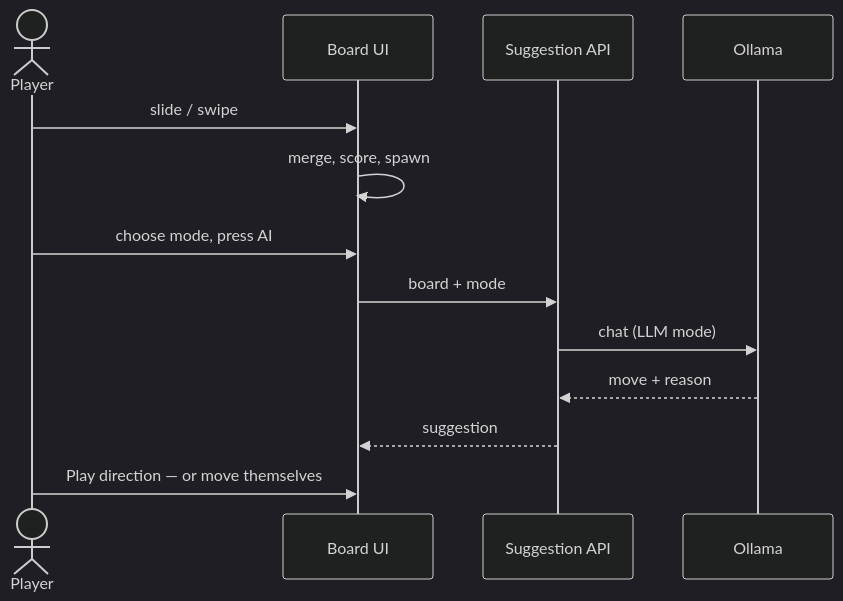
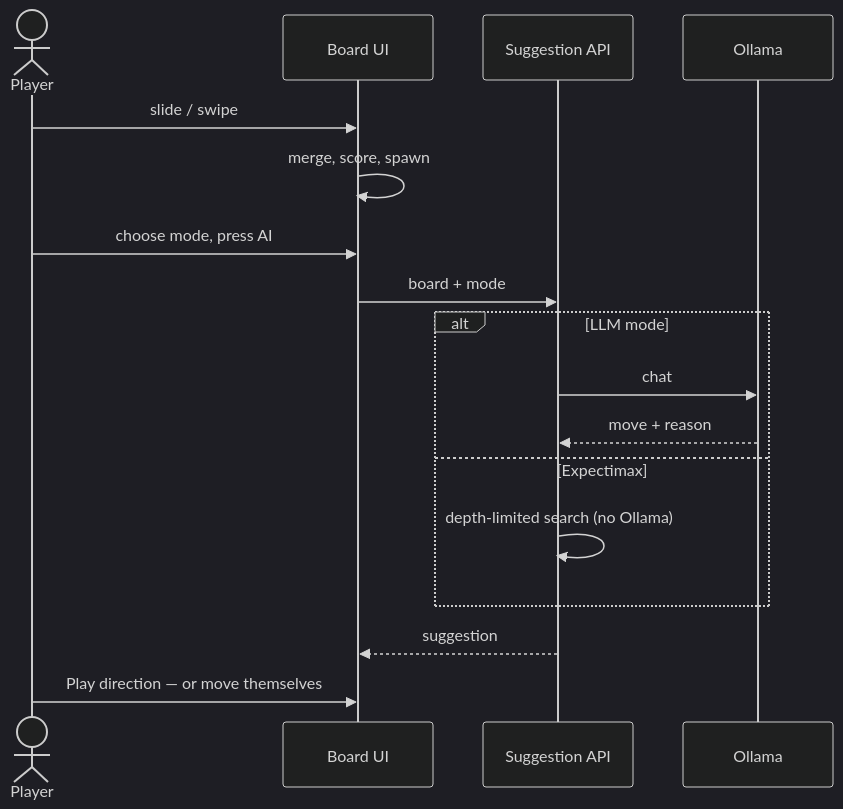
Before and after one commit to christycty/game-2048: the diagram in docs/overview.md, drawn with Mermaid (dark theme). The commit also changed 10 other files, not shown here.

````diff
--- a/docs/overview.md
+++ b/docs/overview.md
@@ -13,16 +13,20 @@
 ```mermaid
 sequenceDiagram
   actor Player
   participant UI as Board UI
   participant API as Suggestion API
   participant Model as Ollama
 
   Player->>UI: slide / swipe
   UI->>UI: merge, score, spawn
   Player->>UI: choose mode, press AI
   UI->>API: board + mode
-  API->>Model: chat (LLM mode)
-  Model-->>API: move + reason
+  alt LLM mode
+    API->>Model: chat
+    Model-->>API: move + reason
+  else Expectimax
+    API->>API: depth-limited search (no Ollama)
+  end
   API-->>UI: suggestion
   Player->>UI: Play direction — or move themselves
 ```
````
